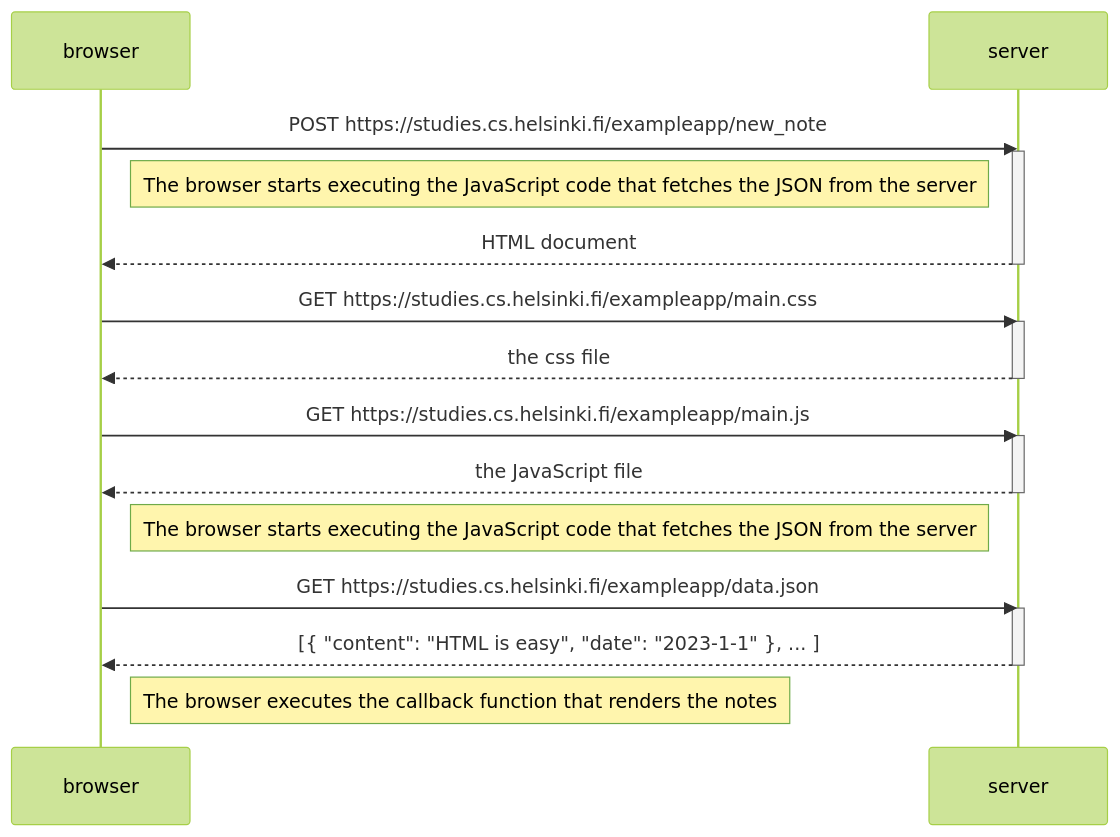
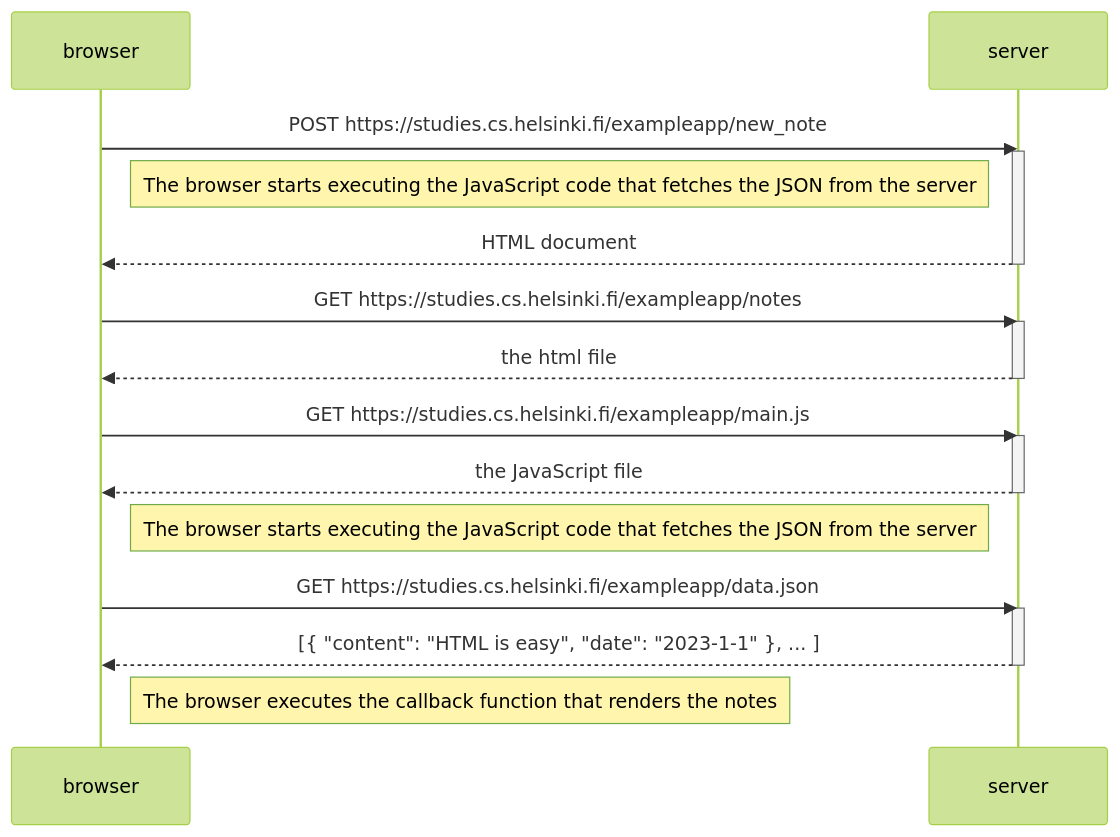
The diagram in 0.4.md (LeoKay-J/FullStackOpen), drawn with Mermaid (forest theme) before and after one commit.

Commit message:
update 2 0.4

````diff
--- a/0.4.md
+++ b/0.4.md
@@ -2,30 +2,30 @@
 ```Mermaid
 sequenceDiagram
     participant browser
     participant server
 
     browser->>server: POST https://studies.cs.helsinki.fi/exampleapp/new_note
     activate server
     Note left of server: The browser starts executing the JavaScript code that fetches the JSON from the server
     server-->>browser: HTML document
     deactivate server
 
-    browser->>server: GET https://studies.cs.helsinki.fi/exampleapp/main.css
+    browser->>server: GET https://studies.cs.helsinki.fi/exampleapp/notes
     activate server
-    server-->>browser: the css file
+    server-->>browser: the html file
     deactivate server
 
     browser->>server: GET https://studies.cs.helsinki.fi/exampleapp/main.js
     activate server
     server-->>browser: the JavaScript file
     deactivate server
 
     Note right of browser: The browser starts executing the JavaScript code that fetches the JSON from the server
 
     browser->>server: GET https://studies.cs.helsinki.fi/exampleapp/data.json
     activate server
     server-->>browser: [{ "content": "HTML is easy", "date": "2023-1-1" }, ... ]
     deactivate server
 
     Note right of browser: The browser executes the callback function that renders the notes
 ```
````
